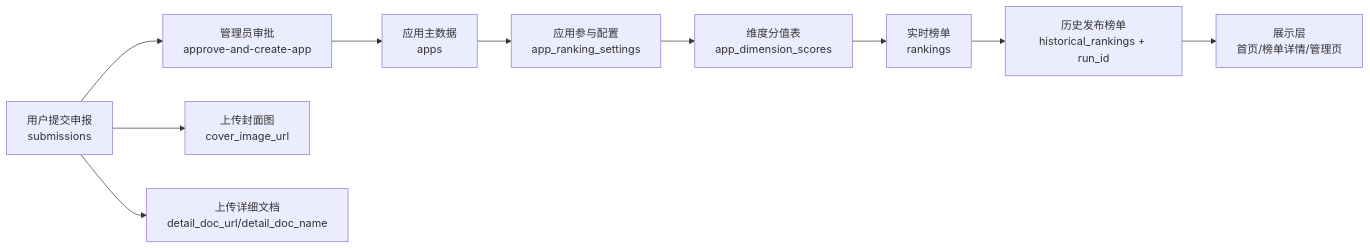
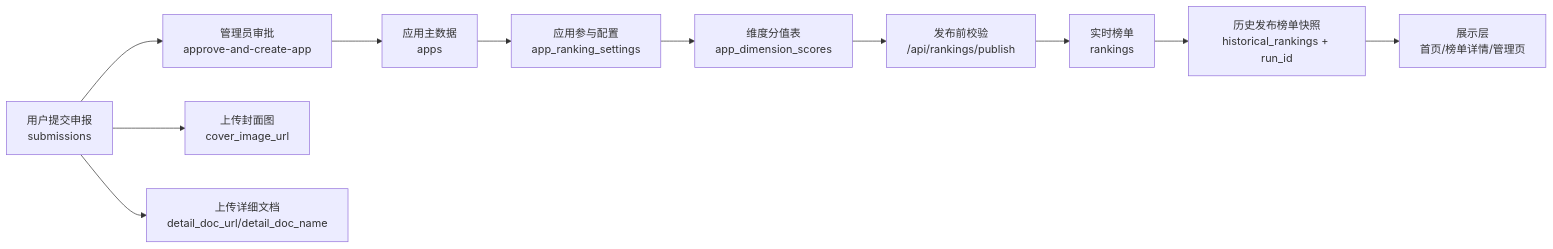
The first of 2 diagrams in docs/app-ranking-chain-flow.md (D-S-William-Guo/AI-Platform-Square-HB), drawn with Mermaid before and after one commit. The commit also changed other lines of this file and 8 other files, not shown here.

Commit message:
fix: harden batch2 submission-ranking flow and atomic saves

````diff
--- a/docs/app-ranking-chain-flow.md
+++ b/docs/app-ranking-chain-flow.md
@@ -22,12 +22,13 @@
 ```mermaid
 flowchart LR
   A[用户提交申报<br/>submissions] --> B[管理员审批<br/>approve-and-create-app]
   A --> A1[上传封面图<br/>cover_image_url]
   A --> A2[上传详细文档<br/>detail_doc_url/detail_doc_name]
   B --> C[应用主数据<br/>apps]
   C --> D[应用参与配置<br/>app_ranking_settings]
   D --> E[维度分值表<br/>app_dimension_scores]
-  E --> F[实时榜单<br/>rankings]
-  F --> G[历史发布榜单<br/>historical_rankings + run_id]
+  E --> P[发布前校验<br/>/api/rankings/publish]
+  P --> F[实时榜单<br/>rankings]
+  F --> G[历史发布榜单快照<br/>historical_rankings + run_id]
   G --> H[展示层<br/>首页/榜单详情/管理页]
 ```
````
